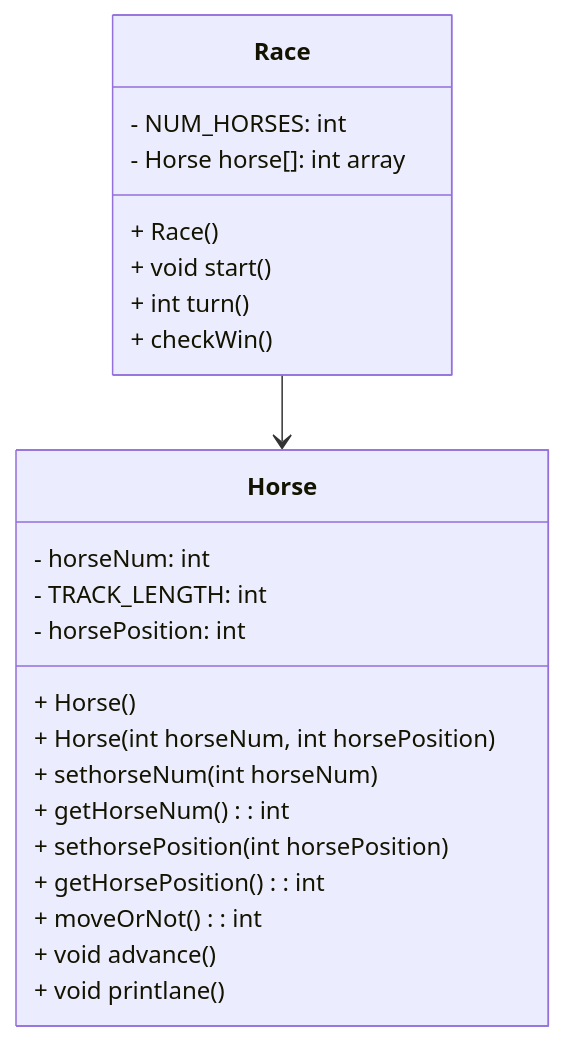
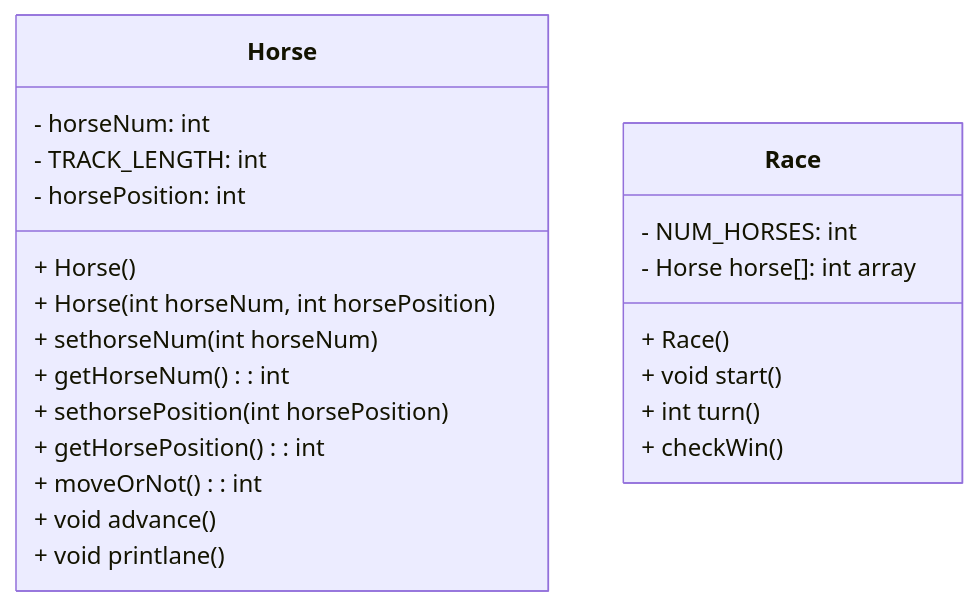
The diagram in README.md (ellaccrites/CS121_Project5), drawn with Mermaid before and after one commit.

Commit message:
trying to make mermaid render

````diff
--- a/README.md
+++ b/README.md
@@ -4,27 +4,27 @@
 ```mermaid
 classDiagram
-    Race --> Horse
+
     class Horse{
         - horseNum: int
         - TRACK_LENGTH: int
         - horsePosition: int
         + Horse()
         + Horse(int horseNum, int horsePosition)
         + sethorseNum(int horseNum)
         + getHorseNum(): int
         + sethorsePosition(int horsePosition)
         + getHorsePosition(): int
         + moveOrNot(): int
         + void advance()
         + void printlane()
     }
     
     class Race{
         - NUM_HORSES: int
         - Horse horse[]: int array
         + Race()
         + void start()
         + int turn()
         + checkWin()
     }
 ```
````
